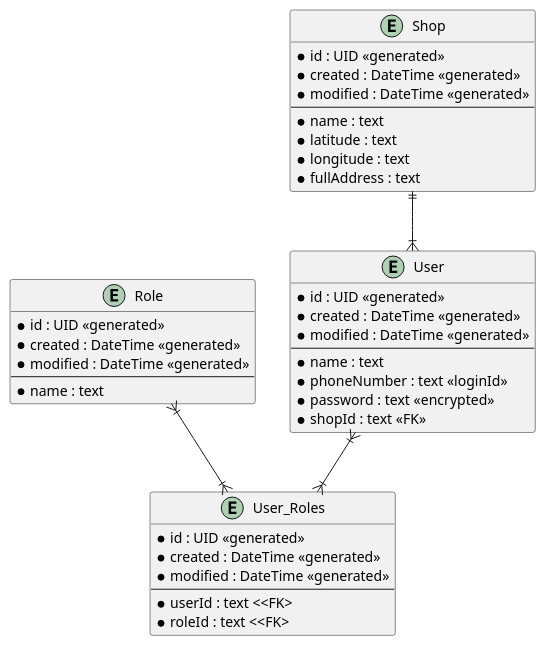
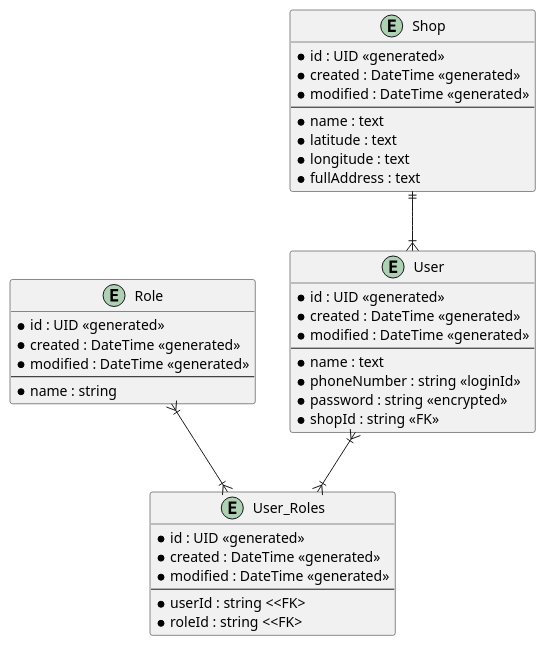
Before and after one commit to POS-Java-Microservice/requirement-documents: the diagram in User/Requirement/database.wsd, drawn with PlantUML. The commit also changed 3 other files, not shown here.

```diff
--- a/User/Requirement/database.wsd
+++ b/User/Requirement/database.wsd
@@ -1,46 +1,46 @@
-@startuml
+@startuml member-database
 
 skinparam linetye ortho
 
 entity "User" as user{
     *id : UID <<generated>>
     *created : DateTime <<generated>>
     *modified : DateTime <<generated>>
     --
     *name : text
-    *phoneNumber : text <<loginId>>
-    *password : text <<encrypted>>
-    *shopId : text <<FK>>
+    *phoneNumber : string <<loginId>>
+    *password : string <<encrypted>>
+    *shopId : string <<FK>>
 }
 entity "Shop" as shop{
     *id : UID <<generated>>
     *created : DateTime <<generated>>
     *modified : DateTime <<generated>>
     --
     *name : text
     *latitude : text
     *longitude : text
     *fullAddress : text
 }
 entity "User_Roles" as user_roles{
     *id : UID <<generated>>
     *created : DateTime <<generated>>
     *modified : DateTime <<generated>>
     --
-    *userId : text <<FK>
-    *roleId : text <<FK>
+    *userId : string <<FK>
+    *roleId : string <<FK>
 }
 
 entity "Role" as role{
     *id : UID <<generated>>
     *created : DateTime <<generated>>
     *modified : DateTime <<generated>>
     --
-    *name : text
+    *name : string
 }
 
 shop ||--|{ user
 user }|--|{ user_roles
 role }|--|{ user_roles
 
 @enduml
```
